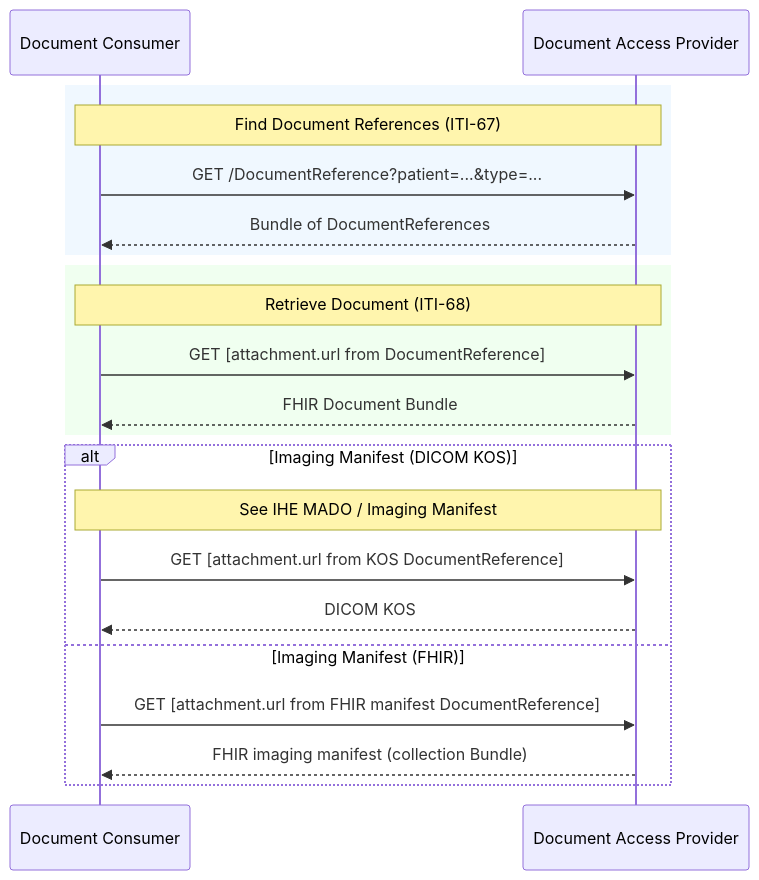
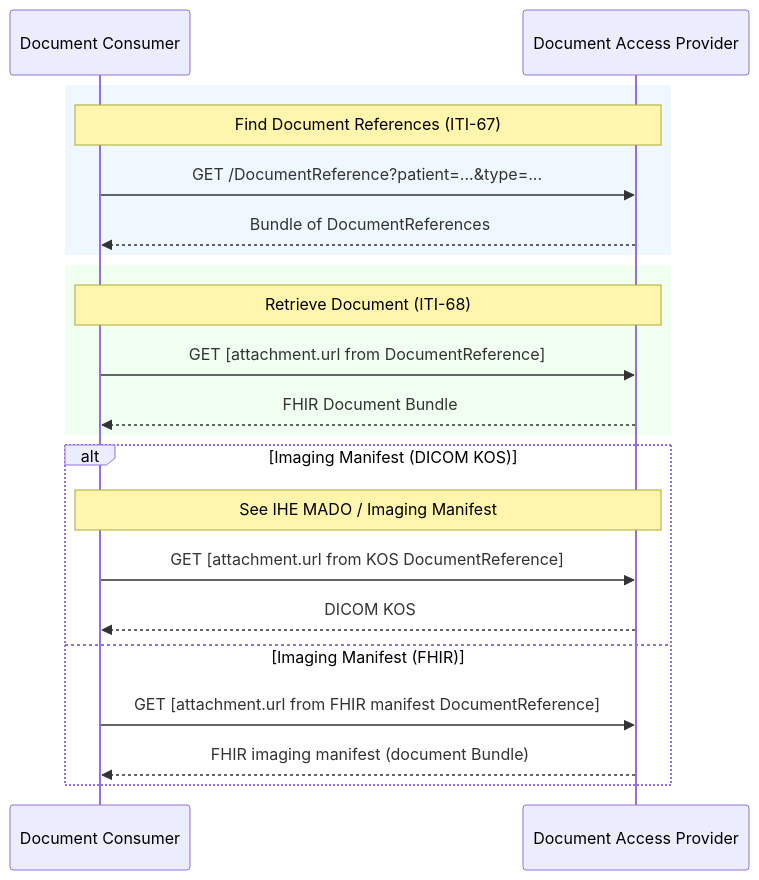
Before and after one commit to euridice-org/eu-health-data-api: the diagram in input/pagecontent/document-exchange.md, drawn with Mermaid.

Commit message:
FHIR-56624: FHIR imaging-manifest retrieval path shows document Bundle in sequence diagram

````diff
--- a/input/pagecontent/document-exchange.md
+++ b/input/pagecontent/document-exchange.md
@@ -37,26 +37,26 @@
 ```mermaid
 sequenceDiagram
     participant Consumer as Document Consumer
     participant Provider as Document Access Provider
 
     rect rgb(240, 248, 255)
     Note over Consumer,Provider: Find Document References (ITI-67)
     Consumer->>Provider: GET /DocumentReference?patient=...&type=...
     Provider-->>Consumer: Bundle of DocumentReferences
     end
 
     rect rgb(240, 255, 240)
     Note over Consumer,Provider: Retrieve Document (ITI-68)
     Consumer->>Provider: GET [attachment.url from DocumentReference]
     Provider-->>Consumer: FHIR Document Bundle
     end
 
     alt Imaging Manifest (DICOM KOS)
     Note over Consumer,Provider: See IHE MADO / Imaging Manifest
     Consumer->>Provider: GET [attachment.url from KOS DocumentReference]
     Provider-->>Consumer: DICOM KOS
     else Imaging Manifest (FHIR)
     Consumer->>Provider: GET [attachment.url from FHIR manifest DocumentReference]
-    Provider-->>Consumer: FHIR imaging manifest (collection Bundle)
+    Provider-->>Consumer: FHIR imaging manifest (document Bundle)
     end
 ```
````
